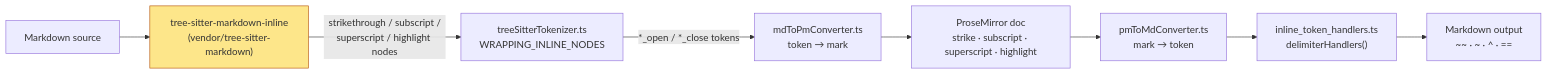
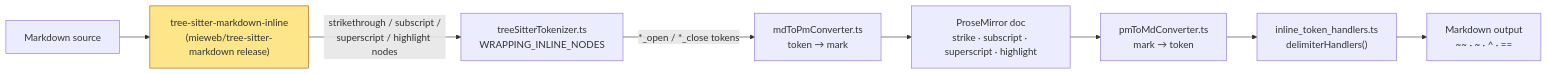
Before and after one commit to mieweb/kerebron: the diagram in docs/markdown-dialects.md, drawn with Mermaid. The commit also changed other lines of this file and 2 other files, not shown here.

Commit message:
chore(markdown): pin submodule to release tag, document wasm prerequisite, count generator edits as dirty

````diff
--- a/docs/markdown-dialects.md
+++ b/docs/markdown-dialects.md
@@ -45,13 +47,13 @@
 ```mermaid
 flowchart LR
-  Source["Markdown source"] --> Grammar["tree-sitter-markdown-inline<br/>(vendor/tree-sitter-markdown)"]
+  Source["Markdown source"] --> Grammar["tree-sitter-markdown-inline<br/>(mieweb/tree-sitter-markdown release)"]
   Grammar -->|"strikethrough / subscript /<br/>superscript / highlight nodes"| Tokenizer["treeSitterTokenizer.ts<br/>WRAPPING_INLINE_NODES"]
   Tokenizer -->|"*_open / *_close tokens"| MdToPm["mdToPmConverter.ts<br/>token → mark"]
   MdToPm --> Doc["ProseMirror doc<br/>strike · subscript · superscript · highlight"]
   Doc --> PmToMd["pmToMdConverter.ts<br/>mark → token"]
   PmToMd --> Handlers["inline_token_handlers.ts<br/>delimiterHandlers()"]
   Handlers --> Output["Markdown output<br/>~~ · ~ · ^ · =="]
 
   classDef grammar fill:#fde68a,stroke:#b45309
   class Grammar grammar
 ```
````
